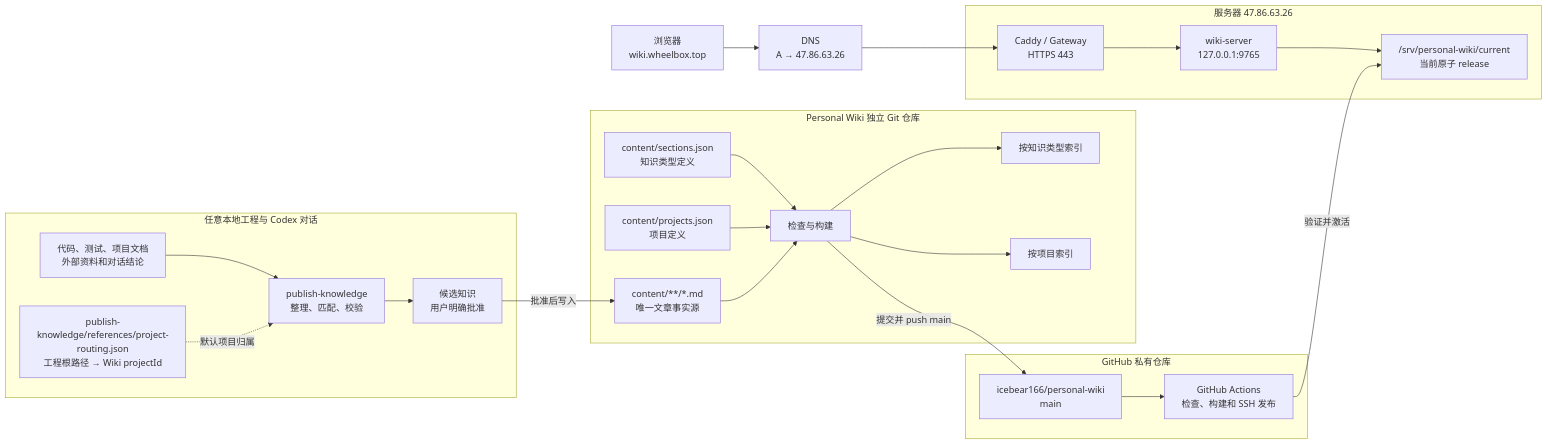
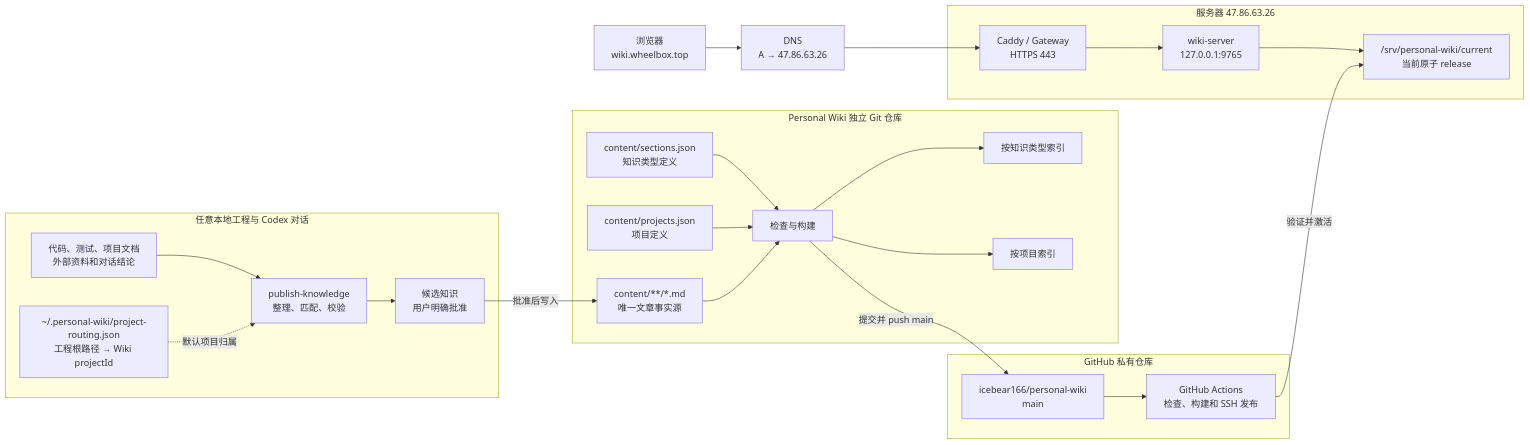
Before and after one commit to icebear166/WheelMaker: the diagram in docs/wiki/features/knowledge-registry.md, drawn with Mermaid. The commit also changed other lines of this file and 1 other file, not shown here.

Commit message:
docs(wiki): define public kit distribution

````diff
--- a/docs/wiki/features/knowledge-registry.md
+++ b/docs/wiki/features/knowledge-registry.md
@@ -57,48 +58,48 @@
 ```mermaid
 flowchart LR
     subgraph LocalWork["任意本地工程与 Codex 对话"]
         Sources["代码、测试、项目文档<br/>外部资料和对话结论"]
-        ProjectRouting["publish-knowledge/references/project-routing.json<br/>工程根路径 → Wiki projectId"]
+        ProjectRouting["~/.personal-wiki/project-routing.json<br/>工程根路径 → Wiki projectId"]
         Skill["publish-knowledge<br/>整理、匹配、校验"]
         Review["候选知识<br/>用户明确批准"]
     end
 
     subgraph WikiRepo["Personal Wiki 独立 Git 仓库"]
         Markdown["content/**/*.md<br/>唯一文章事实源"]
         Sections["content/sections.json<br/>知识类型定义"]
         Projects["content/projects.json<br/>项目定义"]
         Build["检查与构建"]
         TopicIndex["按知识类型索引"]
         ProjectIndex["按项目索引"]
     end
 
     subgraph GitHub["GitHub 私有仓库"]
         Main["icebear166/personal-wiki<br/>main"]
         Actions["GitHub Actions<br/>检查、构建和 SSH 发布"]
     end
 
     subgraph Host["服务器 47.86.63.26"]
         Gateway["Caddy / Gateway<br/>HTTPS 443"]
         Server["wiki-server<br/>127.0.0.1:9765"]
         Release["/srv/personal-wiki/current<br/>当前原子 release"]
     end
 
     Browser["浏览器<br/>wiki.wheelbox.top"] --> DNS["DNS<br/>A → 47.86.63.26"]
     DNS --> Gateway
     Gateway --> Server
     Server --> Release
 
     Sources --> Skill
     ProjectRouting -.->|默认项目归属| Skill
     Skill --> Review
     Review -->|批准后写入| Markdown
     Sections --> Build
     Projects --> Build
     Markdown --> Build
     Build --> TopicIndex
     Build --> ProjectIndex
     Build -->|提交并 push main| Main
     Main --> Actions
     Actions -->|验证并激活| Release
 
 ```
````
